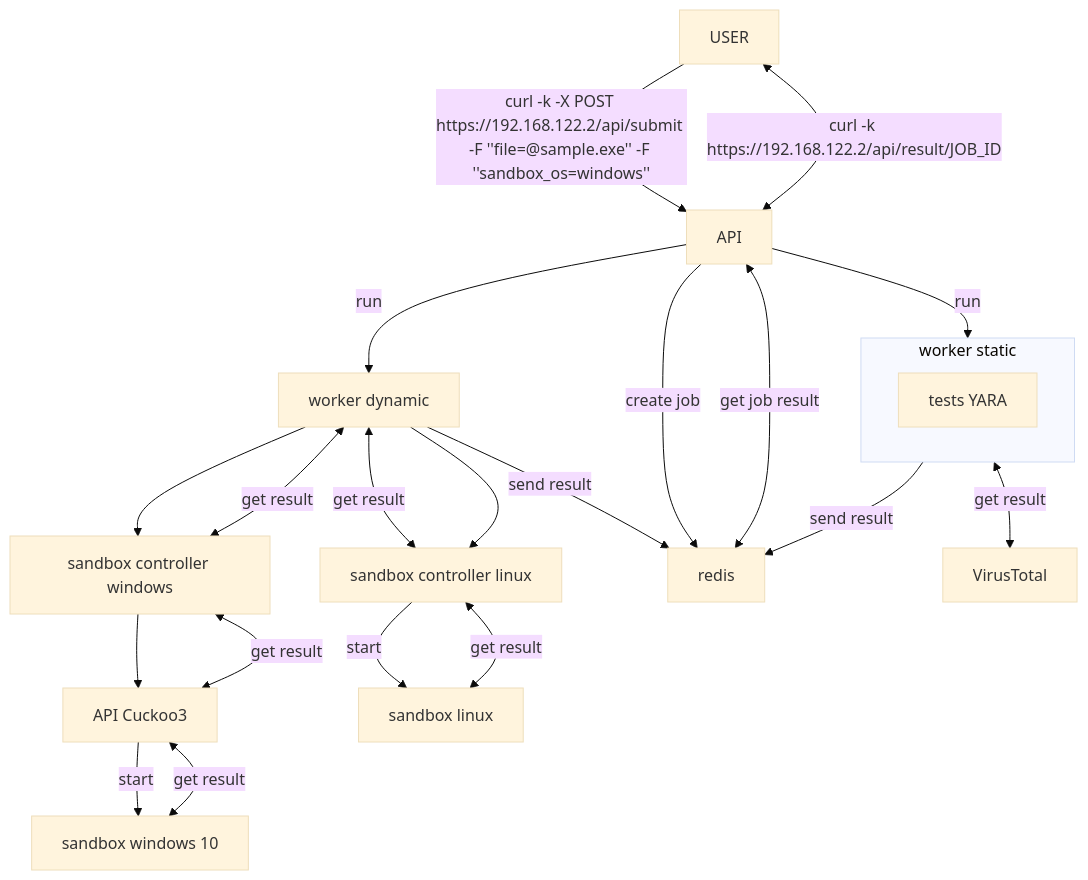
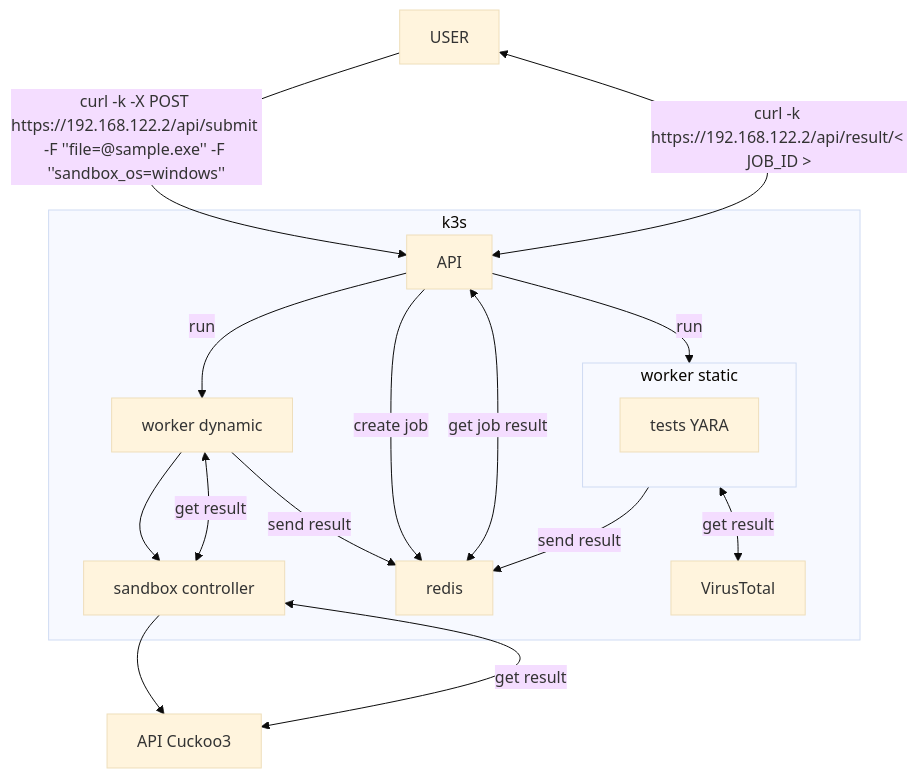
The second of 3 diagrams in docs/ARCHITECTURE.md (na-teag/PFE), drawn with Mermaid (base theme) before and after one commit. The commit also changed other lines of this file and 4 other files, not shown here.

Commit message:
docs: update everything and add network diagram

````diff
--- a/docs/ARCHITECTURE.md
+++ b/docs/ARCHITECTURE.md
@@ -35,29 +39,29 @@
 ```mermaid
 flowchart TD    
     USER-->|curl -k -X POST https://192.168.122.2/api/submit -F ''file=@sample.exe'' -F ''sandbox_os=windows''|API
-    subgraph worker1[worker static]
-        tests[tests YARA]
+    
+    subgraph k3s
+        
+        subgraph worker1[worker static]
+            tests[tests YARA]
+        end
+        API -->|run| worker1
+        worker1 -->|send result| redis
+        worker1 <-->|get result| VT[VirusTotal]
+        API -->|run| worker2[worker dynamic]
+        API -->|create job| redis
+        worker2 --> controller_windows[sandbox controller]
+        worker2 <-->|get result| controller_windows
+        API <-->|get job result| redis
+        worker2 -->|send result| redis
+
     end
-    API -->|run| worker1
-    worker1 -->|send result| redis
-    worker1 <-->|get result| VT[VirusTotal]
-    API -->|run| worker2[worker dynamic]
-    API -->|create job| redis
-    worker2 --> controller_windows[sandbox controller windows]
+    USER <-->|curl -k https://192.168.122.2/api/result/< JOB_ID >| API
     controller_windows --> cuckoo[API Cuckoo3]
-    controller_linux -->|start| sandboxebpf[sandbox linux]
-    controller_linux <-->|get result| sandboxebpf
-    cuckoo -->|start| sandbox[sandbox windows 10]
-    cuckoo <-->|get result| sandbox
     controller_windows <-->|get result| cuckoo
-    worker2 <-->|get result| controller_windows
-    worker2 <-->|get result| controller_linux
-    worker2 --> controller_linux[sandbox controller linux]
-    USER <-->|curl -k https://192.168.122.2/api/result/JOB_ID| API
-    API <-->|get job result| redis
-    worker2 -->|send result| redis
+    
     click VT "https://virustotal.com" "VirusTotal" _blank
     click redis "https://redis.io/" "redis" _blank
     click cuckoo "https://github.com/cert-ee/cuckoo3" "API Cuckoo3" _blank
-   
+
 ```
````
